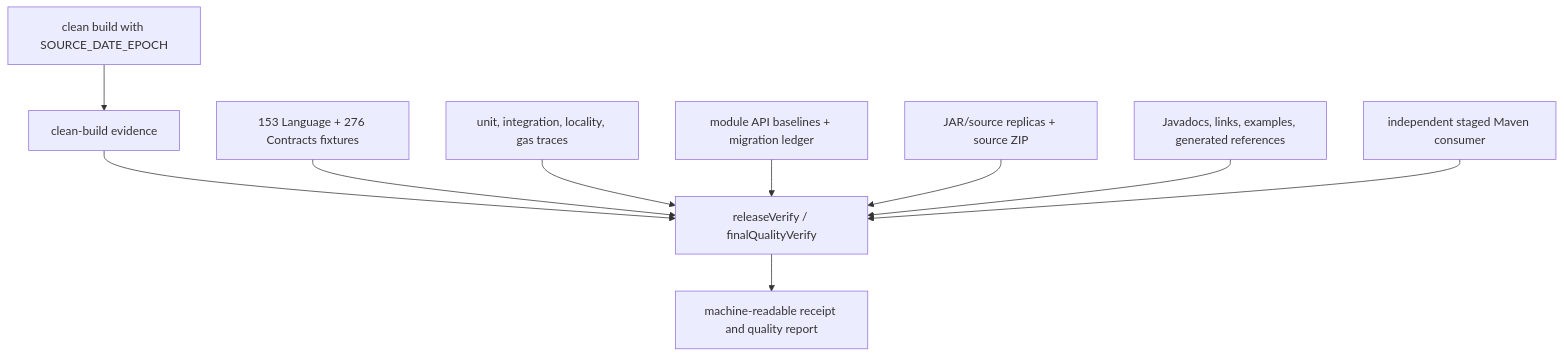
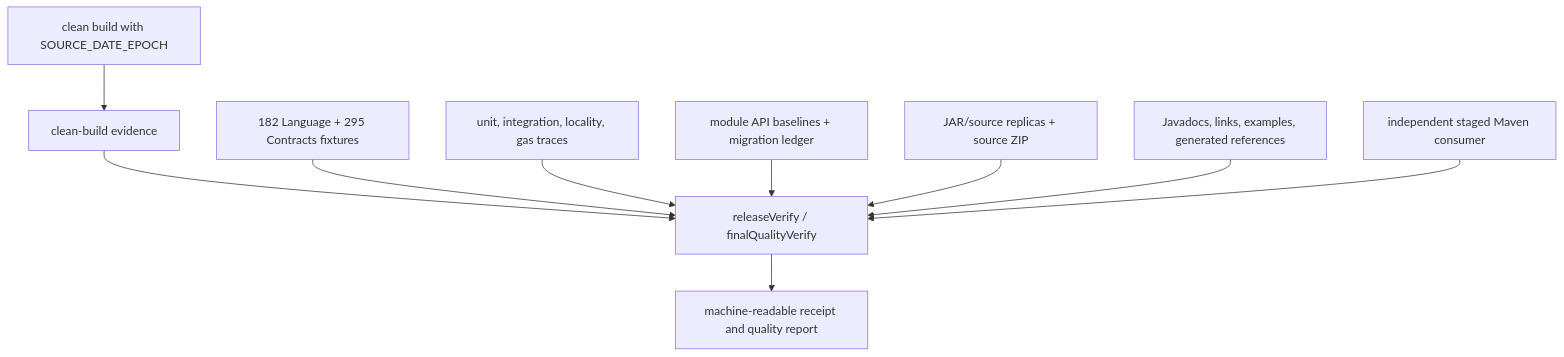
One commit to bluecontract/blue-language-java changed the diagram in docs/architecture/conformance-and-release.md. Above: the diagram before and after it, drawn with Mermaid. The commit also changed 6 other files, not shown here.

````diff
--- a/docs/architecture/conformance-and-release.md
+++ b/docs/architecture/conformance-and-release.md
@@ -7,12 +7,12 @@
 ```mermaid
 flowchart TD
     Clean["clean build with SOURCE_DATE_EPOCH"] --> Marker["clean-build evidence"]
     Marker --> Verify["releaseVerify / finalQualityVerify"]
-    Fixtures["153 Language + 276 Contracts fixtures"] --> Verify
+    Fixtures["182 Language + 295 Contracts fixtures"] --> Verify
     Tests["unit, integration, locality, gas traces"] --> Verify
     API["module API baselines + migration ledger"] --> Verify
     Archives["JAR/source replicas + source ZIP"] --> Verify
     Docs["Javadocs, links, examples, generated references"] --> Verify
     Smoke["independent staged Maven consumer"] --> Verify
     Verify --> Receipt["machine-readable receipt and quality report"]
 ```
````
